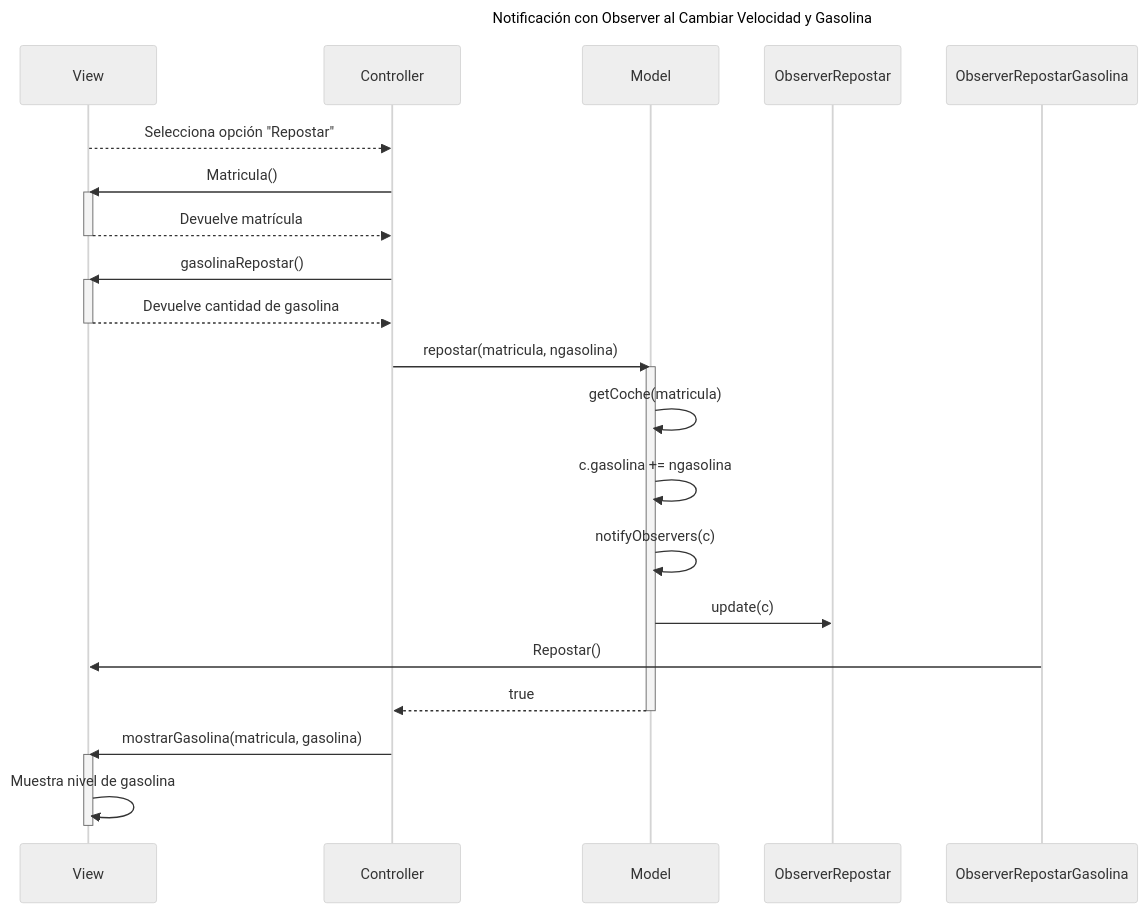
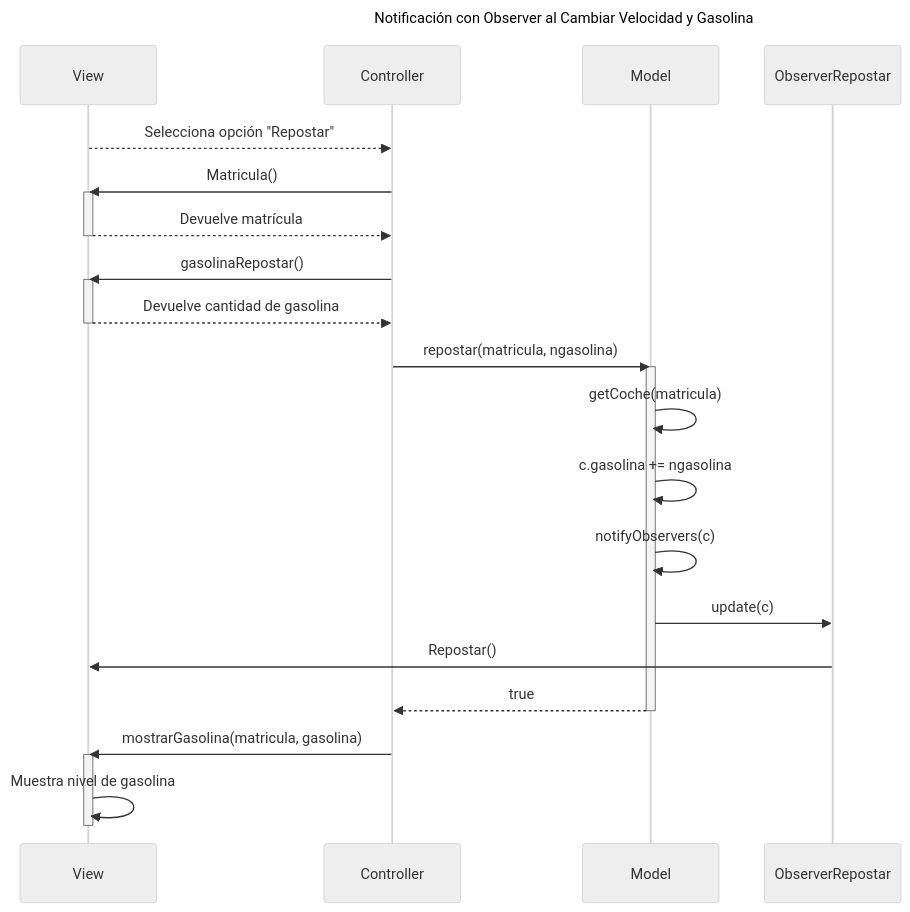
The first of 4 diagrams in Readme.md (shermidagre/COD), drawn with Mermaid (neutral theme) before and after one commit.

Commit message:
cambios en el Readme.md

````diff
--- a/Readme.md
+++ b/Readme.md
@@ -22,36 +22,36 @@
 ```mermaid
 sequenceDiagram
     title Notificación con Observer al Cambiar Velocidad y Gasolina
 
     participant View
     participant Controller
     participant Model
     participant ObserverRepostar
 
 
     View-->>Controller: Selecciona opción "Repostar"
     Controller->>View: Matricula()
     activate View
     View-->>Controller: Devuelve matrícula
     deactivate View
 
     Controller->>View: gasolinaRepostar()
     activate View
     View-->>Controller: Devuelve cantidad de gasolina
     deactivate View
 
     Controller->>Model: repostar(matricula, ngasolina)
     activate Model
         Model->>Model: getCoche(matricula)
         Model->>Model: c.gasolina += ngasolina
         Model->>Model: notifyObservers(c)
             Model->>ObserverRepostar: update(c)
-                ObserverRepostarGasolina->>View: Repostar()
+                ObserverRepostar->>View: Repostar()
     Model-->>Controller: true
     deactivate Model
 
     Controller->>View: mostrarGasolina(matricula, gasolina)
     activate View
     View->>View: Muestra nivel de gasolina
     deactivate View
 ```
````
